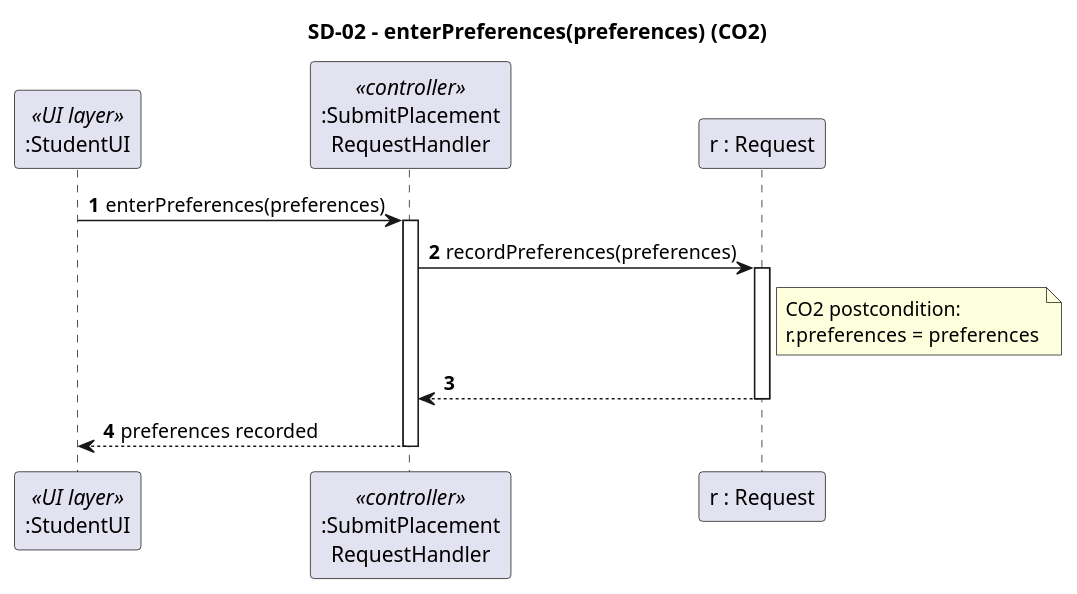
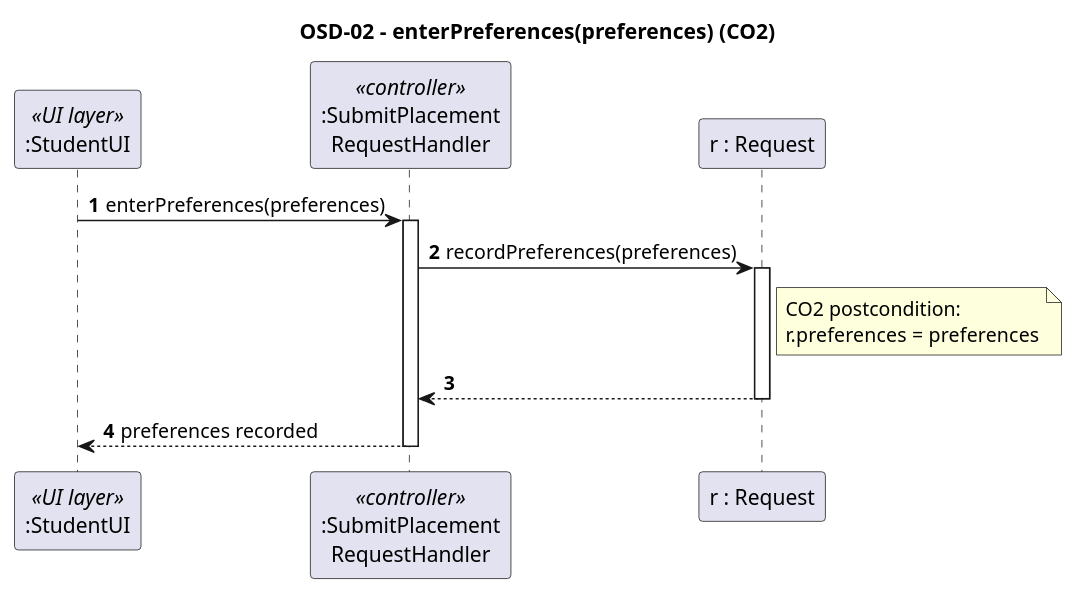
One commit to dan-1379/OOAD-CA1-Analysis changed the diagram in CA2/diagrams/UC01-SD-02-enterPreferences.puml. Above: the diagram before and after it, drawn with PlantUML. The commit also changed 7 other files, not shown here.

Commit message:
Fixed naming conventions and diagrams to match exisiting UC pages. (#28)

```diff
--- a/CA2/diagrams/UC01-SD-02-enterPreferences.puml
+++ b/CA2/diagrams/UC01-SD-02-enterPreferences.puml
@@ -1,25 +1,25 @@
 @startuml sd-02-enter-preferences
-' SD-02 - enterPreferences (CO2)
+' OSD-02 - enterPreferences (CO2)
 ' Linked to: UC01 step 2, SSD-01, CO2, 07 CRC, DCD-01
-title SD-02 – enterPreferences(preferences) (CO2)
+title OSD-02 – enterPreferences(preferences) (CO2)
 
 skinparam sequenceMessageAlign left
 autonumber
 
 participant ":StudentUI" as UI <<UI layer>>
 participant ":SubmitPlacement\nRequestHandler" as H <<controller>>
 participant "r : Request" as R
 
 UI -> H : enterPreferences(preferences)
 activate H
 H -> R : recordPreferences(preferences)
 activate R
 note right of R
   CO2 postcondition:
   r.preferences = preferences
 end note
 R --> H
 deactivate R
 H --> UI : preferences recorded
 deactivate H
 @enduml
```
